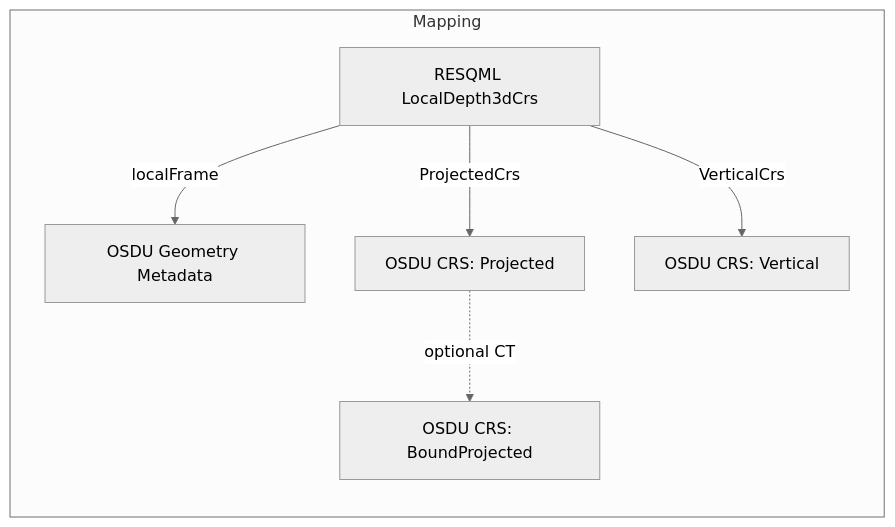
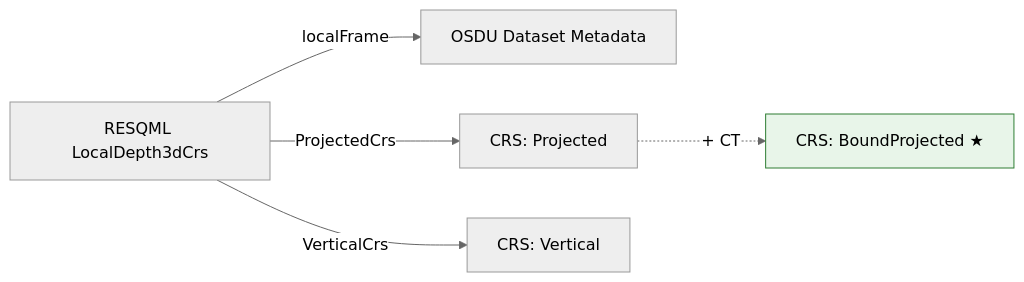
One commit to marcusapel/ores changed the diagram in md/CrsGuide.md. Above: the diagram before and after it, drawn with Mermaid (neutral theme). The commit also changed other lines of this file and 8 other files, not shown here.

````diff
--- a/md/CrsGuide.md
+++ b/md/CrsGuide.md
@@ -110,9 +47,8 @@
 ```mermaid
 flowchart LR
-  subgraph Mapping
-    LCRS["RESQML LocalDepth3dCrs"] -->|localFrame| GM["OSDU Geometry Metadata"]
-    LCRS -->|ProjectedCrs| P["OSDU CRS: Projected"]
-    LCRS -->|VerticalCrs| V["OSDU CRS: Vertical"]
-    P -. optional CT .-> B["OSDU CRS: BoundProjected"]
-  end
+  LCRS["RESQML LocalDepth3dCrs"] -->|localFrame| GM["OSDU Dataset Metadata"]
+  LCRS -->|ProjectedCrs| P["CRS: Projected"]
+  LCRS -->|VerticalCrs| V["CRS: Vertical"]
+  P -. "+ CT" .-> B["CRS: BoundProjected ★"]
+  style B fill:#e8f5e9,stroke:#2e7d32
 ```
````
